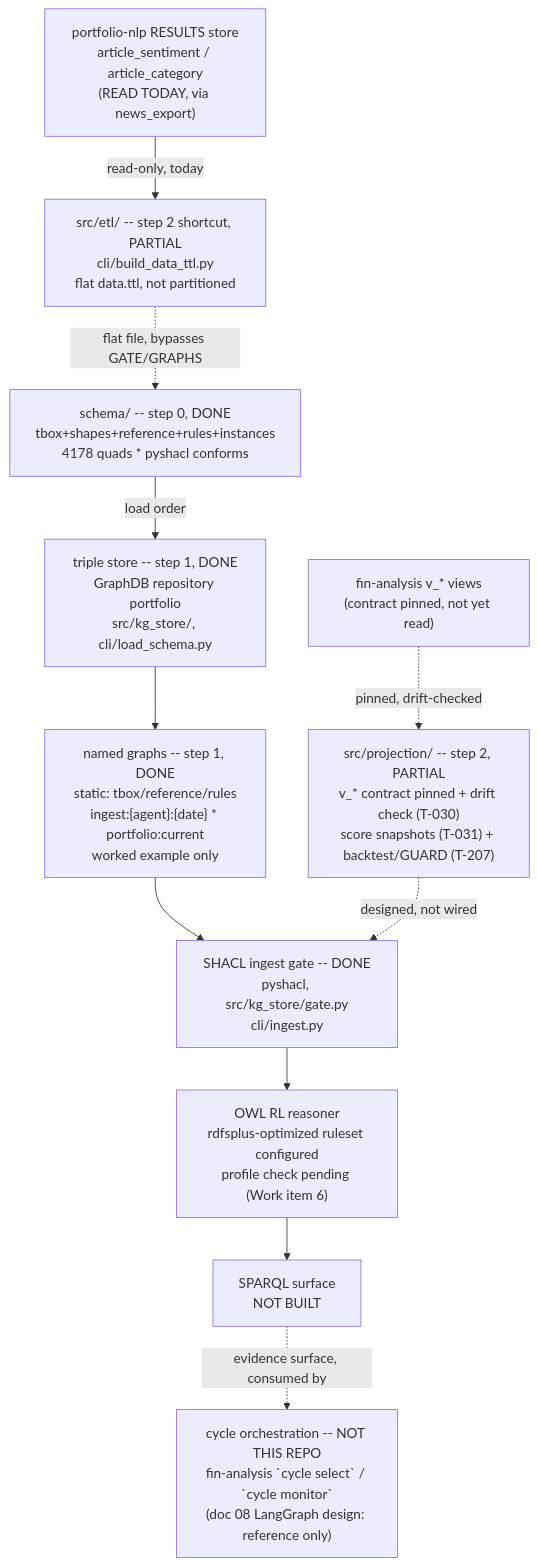
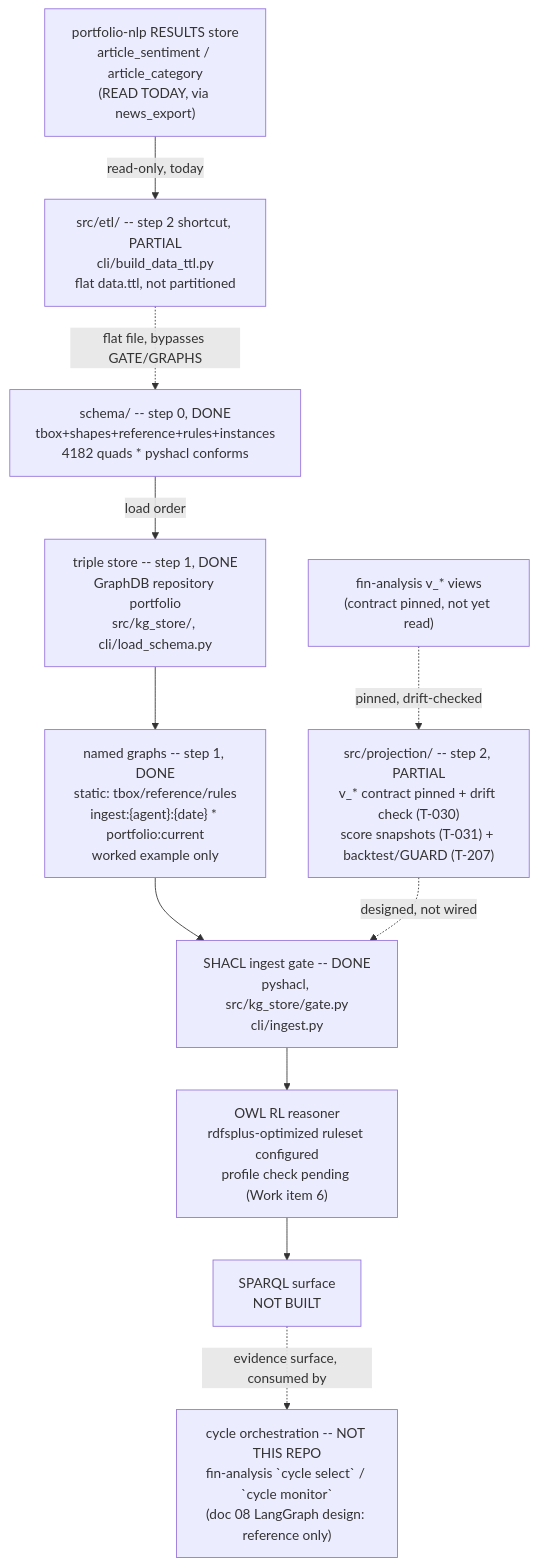
One commit to gamug/portfolio-knowledge-graph changed the diagram in .specify/memory/SPEC.md. Above: the diagram before and after it, drawn with Mermaid. The commit also changed other lines of this file and 12 other files, not shown here.

````diff
--- a/.specify/memory/SPEC.md
+++ b/.specify/memory/SPEC.md
@@ -822,22 +851,22 @@
 ```mermaid
 flowchart TB
-    SCHEMA["schema/ -- step 0, DONE<br/>tbox+shapes+reference+rules+instances<br/>4178 quads * pyshacl conforms"]
+    SCHEMA["schema/ -- step 0, DONE<br/>tbox+shapes+reference+rules+instances<br/>4182 quads * pyshacl conforms"]
     STORE["triple store -- step 1, DONE<br/>GraphDB repository portfolio<br/>src/kg_store/, cli/load_schema.py"]
     GRAPHS["named graphs -- step 1, DONE<br/>static: tbox/reference/rules<br/>ingest:{agent}:{date} * portfolio:current<br/>worked example only"]
     GATE["SHACL ingest gate -- DONE<br/>pyshacl, src/kg_store/gate.py<br/>cli/ingest.py"]
     PROJ["src/projection/ -- step 2, PARTIAL<br/>v_* contract pinned + drift check (T-030)<br/>score snapshots (T-031) + backtest/GUARD (T-207)"]
     FIN["fin-analysis v_* views<br/>(contract pinned, not yet read)"]
     NLPRES["portfolio-nlp RESULTS store<br/>article_sentiment / article_category<br/>(READ TODAY, via news_export)"]
     ETL["src/etl/ -- step 2 shortcut, PARTIAL<br/>cli/build_data_ttl.py<br/>flat data.ttl, not partitioned"]
     REASON["OWL RL reasoner<br/>rdfsplus-optimized ruleset configured<br/>profile check pending (Work item 6)"]
     SPARQL["SPARQL surface<br/>NOT BUILT"]
     AGENTS["cycle orchestration -- NOT THIS REPO<br/>fin-analysis `cycle select` / `cycle monitor`<br/>(doc 08 LangGraph design: reference only)"]
 
     SCHEMA -->|load order| STORE --> GRAPHS --> GATE
     FIN -.->|pinned, drift-checked| PROJ
     PROJ -.->|designed, not wired| GATE
     NLPRES -->|read-only, today| ETL
     ETL -.->|flat file, bypasses GATE/GRAPHS| SCHEMA
     GATE --> REASON --> SPARQL
     SPARQL -.->|evidence surface, consumed by| AGENTS
 ```
````
